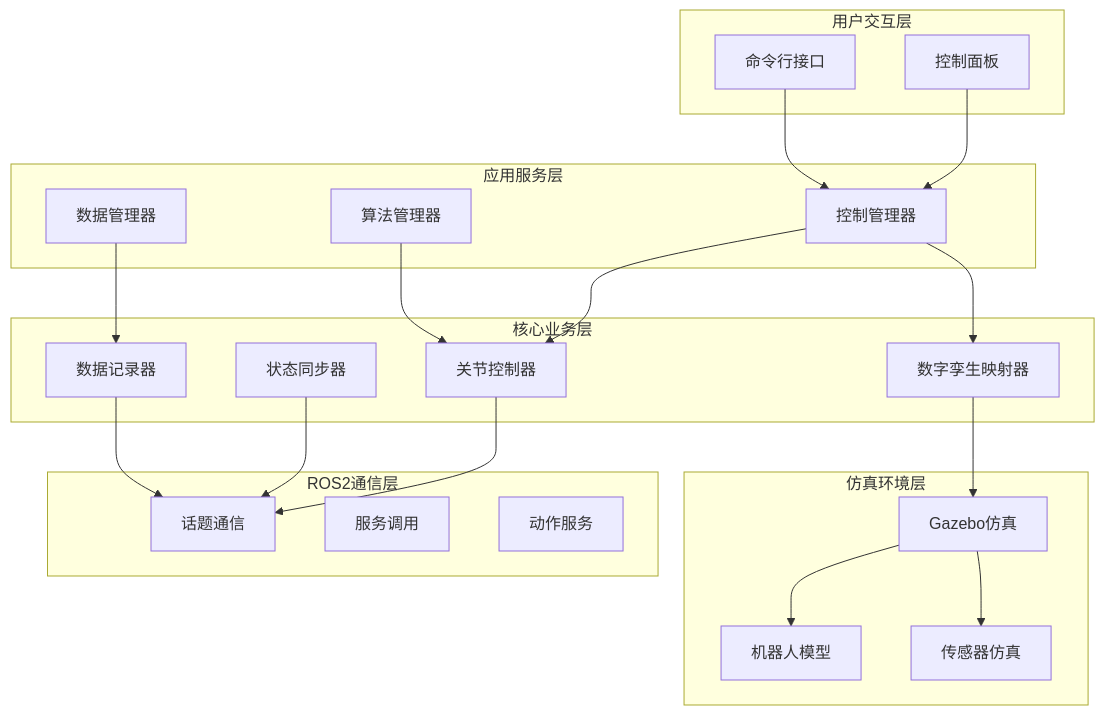
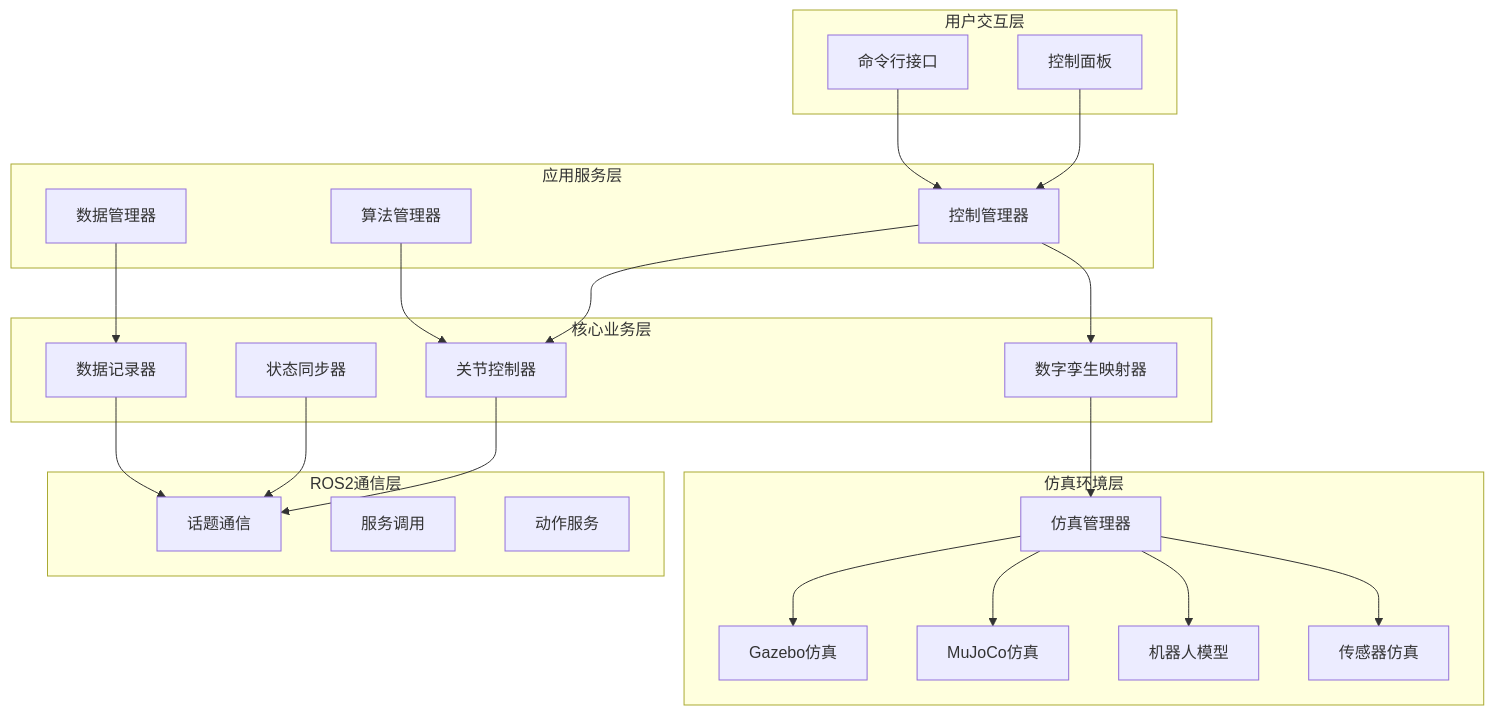
Before and after one commit to baibaidebai/Wheel-Legged-Robot-Digital-Twin-Control-Platform: the diagram in .kiro/specs/wheel-legged-robot-twin-control/design.md, drawn with Mermaid. The commit also changed other lines of this file and 2 other files, not shown here.

````diff
--- a/.kiro/specs/wheel-legged-robot-twin-control/design.md
+++ b/.kiro/specs/wheel-legged-robot-twin-control/design.md
@@ -11,45 +11,49 @@
 ```mermaid
 graph TB
     subgraph "用户交互层"
         UI[控制面板]
         CLI[命令行接口]
     end
     
     subgraph "应用服务层"
         CM[控制管理器]
         DM[数据管理器]
         AM[算法管理器]
     end
     
     subgraph "核心业务层"
         DTM[数字孪生映射器]
         JC[关节控制器]
         SS[状态同步器]
         DR[数据记录器]
     end
     
     subgraph "仿真环境层"
+        SM[仿真管理器]
         GZ[Gazebo仿真]
+        MJ[MuJoCo仿真]
         URDF[机器人模型]
         IMU[传感器仿真]
     end
     
     subgraph "ROS2通信层"
         Topics[话题通信]
         Services[服务调用]
         Actions[动作服务]
     end
     
     UI --> CM
     CLI --> CM
     CM --> DTM
     CM --> JC
     DM --> DR
     AM --> JC
-    DTM --> GZ
+    DTM --> SM
     JC --> Topics
     SS --> Topics
     DR --> Topics
-    GZ --> URDF
-    GZ --> IMU
+    SM --> GZ
+    SM --> MJ
+    SM --> URDF
+    SM --> IMU
 ```
````
